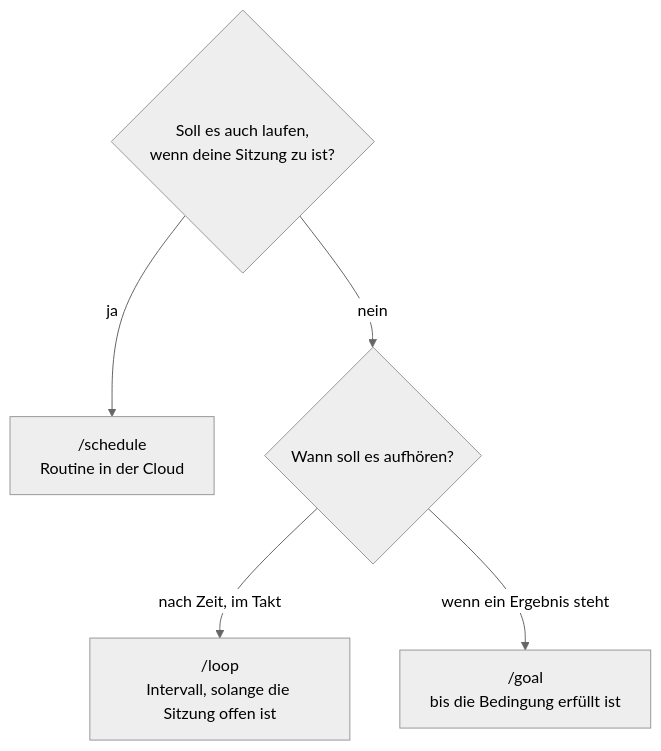
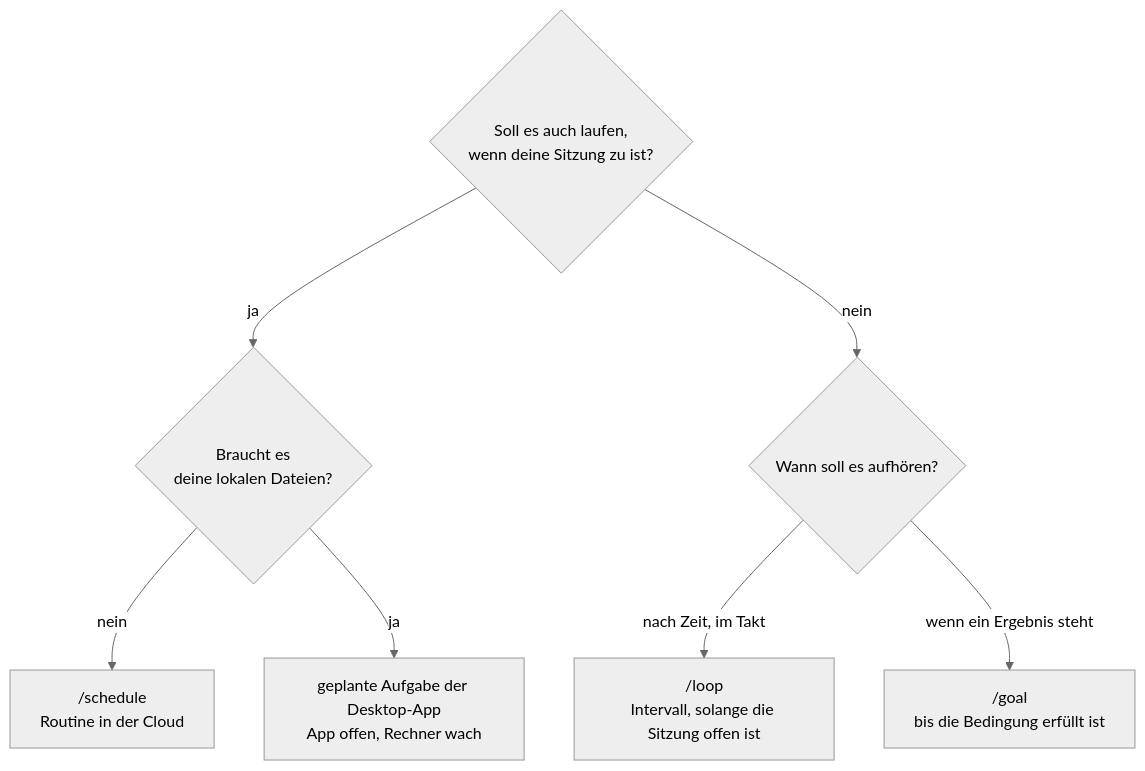
One commit to dynamic-dome/dynamic-workshop changed the diagram in resources/library/s3-12-zeitgesteuert-arbeiten.md. Above: the diagram before and after it, drawn with Mermaid (neutral theme). The commit also changed other lines of this file, not shown here.

````diff
--- a/resources/library/s3-12-zeitgesteuert-arbeiten.md
+++ b/resources/library/s3-12-zeitgesteuert-arbeiten.md
@@ -41,7 +41,9 @@
 ```mermaid
 flowchart TD
-  A{"Soll es auch laufen,<br/>wenn deine Sitzung zu ist?"} -- "ja" --> S["/schedule<br/>Routine in der Cloud"]
+  A{"Soll es auch laufen,<br/>wenn deine Sitzung zu ist?"} -- "ja" --> A2{"Braucht es<br/>deine lokalen Dateien?"}
+  A2 -- "nein" --> S["/schedule<br/>Routine in der Cloud"]
+  A2 -- "ja" --> D["geplante Aufgabe der Desktop-App<br/>App offen, Rechner wach"]
   A -- "nein" --> B{"Wann soll es aufhören?"}
   B -- "nach Zeit, im Takt" --> L["/loop<br/>Intervall, solange die Sitzung offen ist"]
   B -- "wenn ein Ergebnis steht" --> G["/goal<br/>bis die Bedingung erfüllt ist"]
 ```
````
